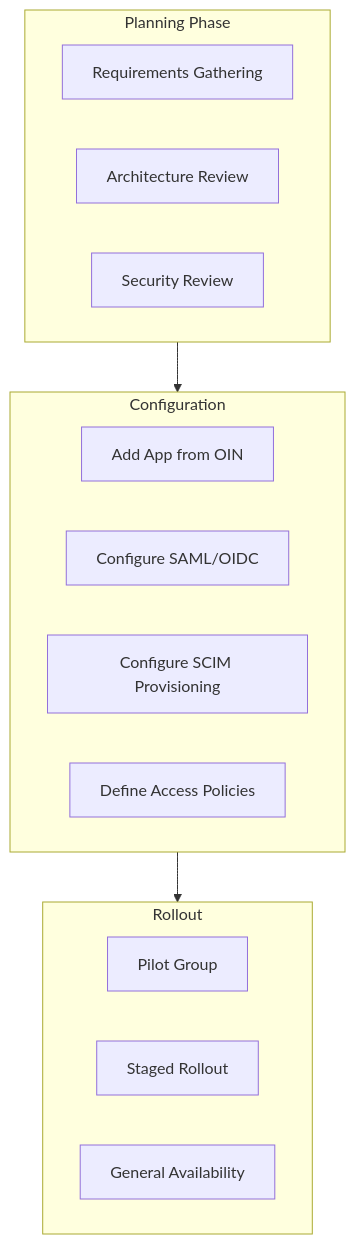
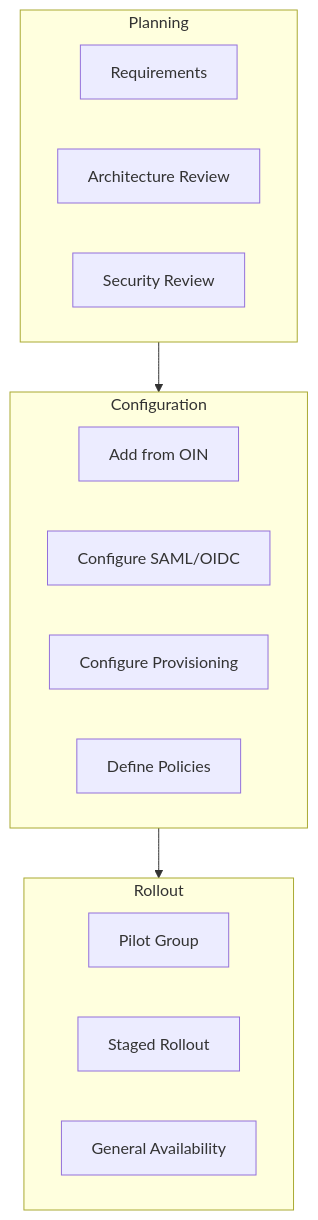
Before and after one commit to udaytamma/Cyrus: the ninth of 11 diagrams in gemini-responses/iam-okta.md, drawn with Mermaid. The commit also changed other lines of this file and 8 other files, not shown here.

````diff
--- a/gemini-responses/iam-okta.md
+++ b/gemini-responses/iam-okta.md
@@ -558,23 +479,23 @@
 ```mermaid
 flowchart TB
-    subgraph Planning["Planning Phase"]
-        REQ[Requirements Gathering]
+    subgraph Planning["Planning"]
+        REQ[Requirements]
         ARCH[Architecture Review]
         SEC[Security Review]
     end
 
     subgraph Config["Configuration"]
-        APP[Add App from OIN]
+        APP[Add from OIN]
         SSO_CFG[Configure SAML/OIDC]
-        SCIM[Configure SCIM Provisioning]
-        POLICY[Define Access Policies]
+        SCIM[Configure Provisioning]
+        POLICY[Define Policies]
     end
 
     subgraph Rollout["Rollout"]
         PILOT[Pilot Group]
         STAGED[Staged Rollout]
         GA[General Availability]
     end
 
     Planning --> Config --> Rollout
 ```
````
